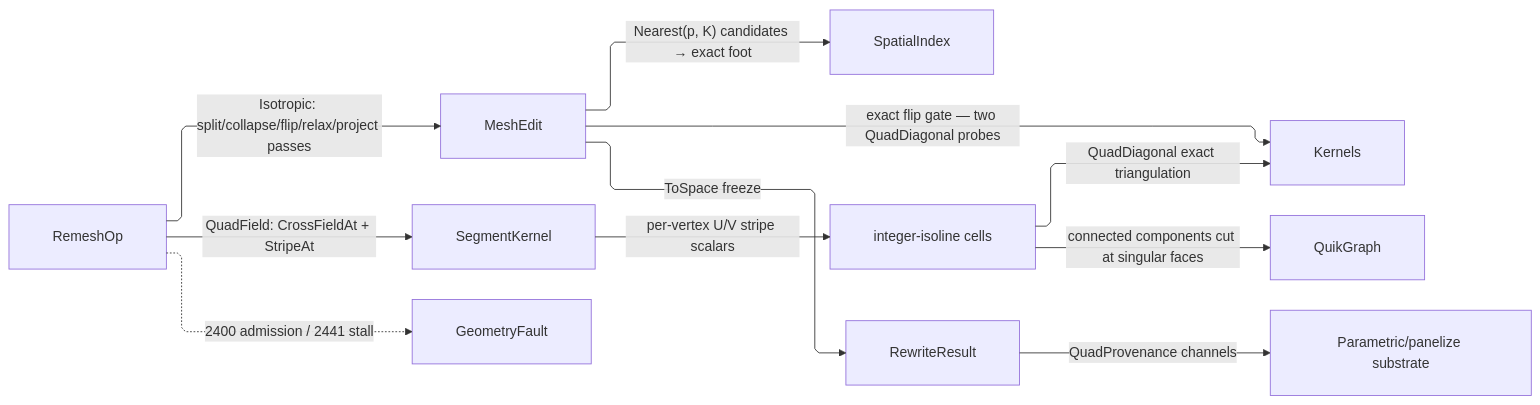
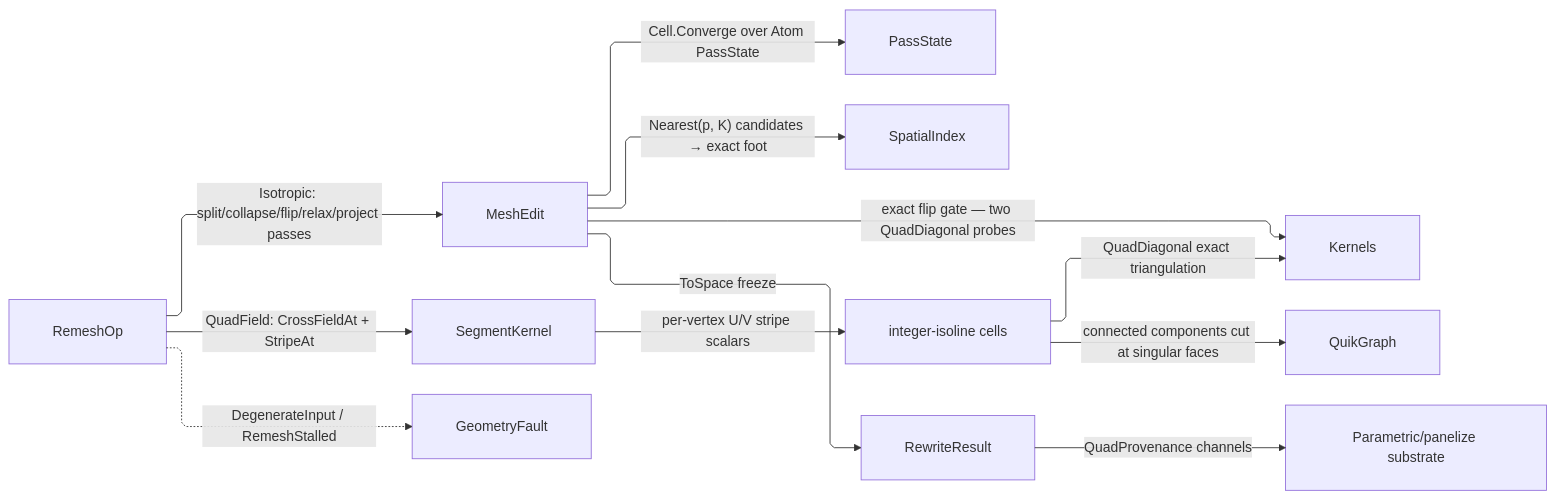
One commit to bsamiee/Rasm changed the diagram in libs/csharp/Rasm/.planning/Processing/remesh.md. Above: the diagram before and after it, drawn with Mermaid. The commit also changed other lines of this file and 818 other files, not shown here.

````diff
--- a/libs/csharp/Rasm/.planning/Processing/remesh.md
+++ b/libs/csharp/Rasm/.planning/Processing/remesh.md
@@ -538,22 +615,23 @@
 ```mermaid
 ---
 config:
   layout: elk
   flowchart:
     curve: linear
     padding: 25
 ---
 flowchart LR
     accTitle: Remesh dispatch
-    accDescr: Isotropic and quad-field rewrites folding the arena passes onto a typed trace with the stall fault.
+    accDescr: Isotropic and quad-field rewrites folding the schedule-bounded arena passes onto a typed trace with the stall fault.
     RemeshOp -->|Isotropic: split/collapse/flip/relax/project passes| MeshEdit
+    MeshEdit -->|Cell.Converge over Atom PassState| PassState
     MeshEdit -->|exact flip gate — two QuadDiagonal probes| Kernels
     MeshEdit -->|"Nearest(p, K) candidates → exact foot"| SpatialIndex
     RemeshOp -->|QuadField: CrossFieldAt + StripeAt| SegmentKernel
     SegmentKernel -->|per-vertex U/V stripe scalars| Extraction["integer-isoline cells"]
     Extraction -->|connected components cut at singular faces| QuikGraph
     Extraction -->|QuadDiagonal exact triangulation| Kernels
     MeshEdit -->|ToSpace freeze| RewriteResult
     RewriteResult -->|QuadProvenance channels| Panelize["Parametric/panelize substrate"]
-    RemeshOp -.->|2400 admission / 2441 stall| GeometryFault
+    RemeshOp -.->|DegenerateInput / RemeshStalled| GeometryFault
 ```
````
